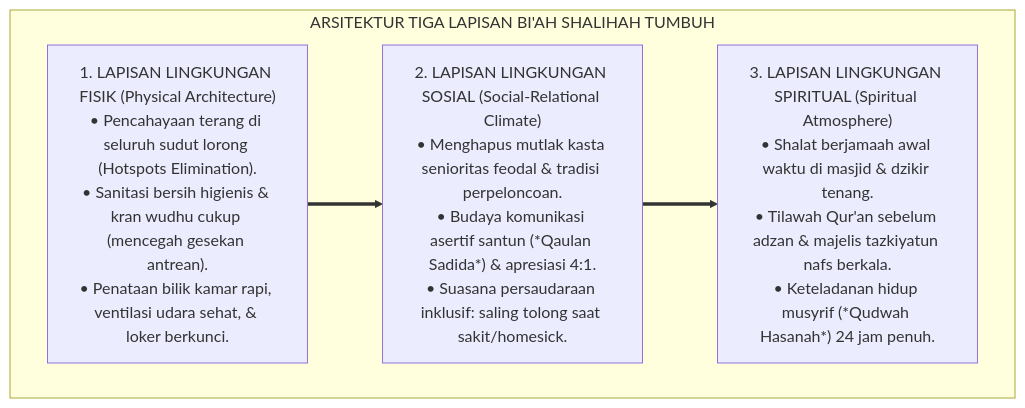
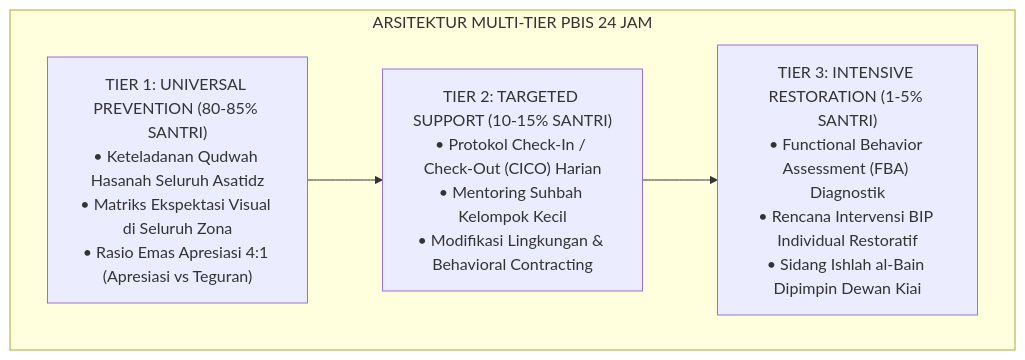
The diagram in BOOK-SERIES/Volume-01/Bab-05-Sepuluh-Jawaban-Filosofis-Ekosistem-TUMBUH/03-Postulat-7-sd-8-Total-Ecosystem-dan-Restorasi-Kesalahan.md (wandiapriliyandi/tumbuh), drawn with Mermaid before and after one commit. The commit also changed other lines of this file and 188 other files, not shown here.

````diff
--- a/BOOK-SERIES/Volume-01/Bab-05-Sepuluh-Jawaban-Filosofis-Ekosistem-TUMBUH/03-Postulat-7-sd-8-Total-Ecosystem-dan-Restorasi-Kesalahan.md
+++ b/BOOK-SERIES/Volume-01/Bab-05-Sepuluh-Jawaban-Filosofis-Ekosistem-TUMBUH/03-Postulat-7-sd-8-Total-Ecosystem-dan-Restorasi-Kesalahan.md
@@ -41,12 +62,12 @@
 ```mermaid
 graph TD
-    subgraph TigaLapisanBiah["ARSITEKTUR TIGA LAPISAN BI'AH SHALIHAH TUMBUH"]
-        L1["1. LAPISAN LINGKUNGAN FISIK (Physical Architecture)<br/>• Pencahayaan terang di seluruh sudut lorong (Hotspots Elimination).<br/>• Sanitasi bersih higienis & kran wudhu cukup (mencegah gesekan antrean).<br/>• Penataan bilik kamar rapi, ventilasi udara sehat, & loker berkunci."]
+    subgraph MultiTier["ARSITEKTUR MULTI-TIER PBIS 24 JAM"]
+        T1["TIER 1: UNIVERSAL PREVENTION (80-85% SANTRI)<br/>• Keteladanan Qudwah Hasanah Seluruh Asatidz<br/>• Matriks Ekspektasi Visual di Seluruh Zona<br/>• Rasio Emas Apresiasi 4:1 (Apresiasi vs Teguran)"]
         
-        L2["2. LAPISAN LINGKUNGAN SOSIAL (Social-Relational Climate)<br/>• Menghapus mutlak kasta senioritas feodal & tradisi perpeloncoan.<br/>• Budaya komunikasi asertif santun (*Qaulan Sadida*) & apresiasi 4:1.<br/>• Suasana persaudaraan inklusif: saling tolong saat sakit/homesick."]
+        T2["TIER 2: TARGETED SUPPORT (10-15% SANTRI)<br/>• Protokol Check-In / Check-Out (CICO) Harian<br/>• Mentoring Suhbah Kelompok Kecil<br/>• Modifikasi Lingkungan & Behavioral Contracting"]
         
-        L3["3. LAPISAN LINGKUNGAN SPIRITUAL (Spiritual Atmosphere)<br/>• Shalat berjamaah awal waktu di masjid & dzikir tenang.<br/>• Tilawah Qur'an sebelum adzan & majelis tazkiyatun nafs berkala.<br/>• Keteladanan hidup musyrif (*Qudwah Hasanah*) 24 jam penuh."]
+        T3["TIER 3: INTENSIVE RESTORATION (1-5% SANTRI)<br/>• Functional Behavior Assessment (FBA) Diagnostik<br/>• Rencana Intervensi BIP Individual Restoratif<br/>• Sidang Ishlah al-Bain Dipimpin Dewan Kiai"]
         
-        L1 ==> L2 ==> L3
+        T1 --> T2 --> T3
     end
 ```
````
